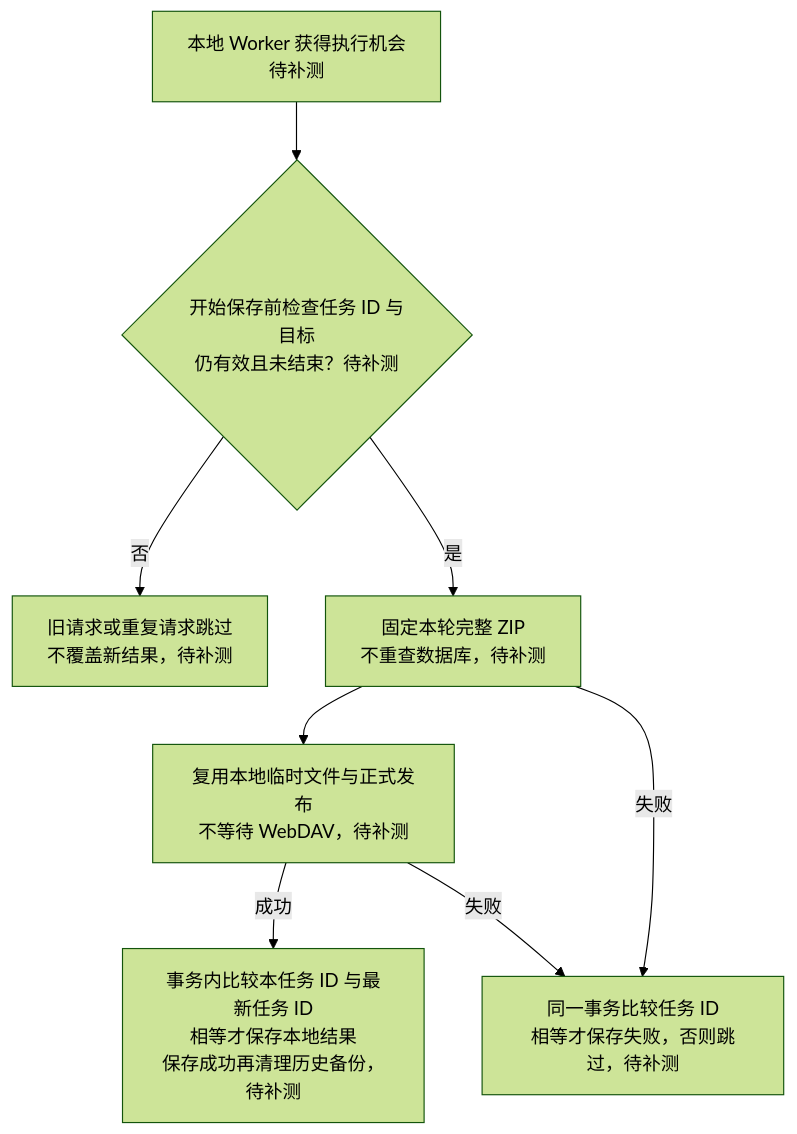
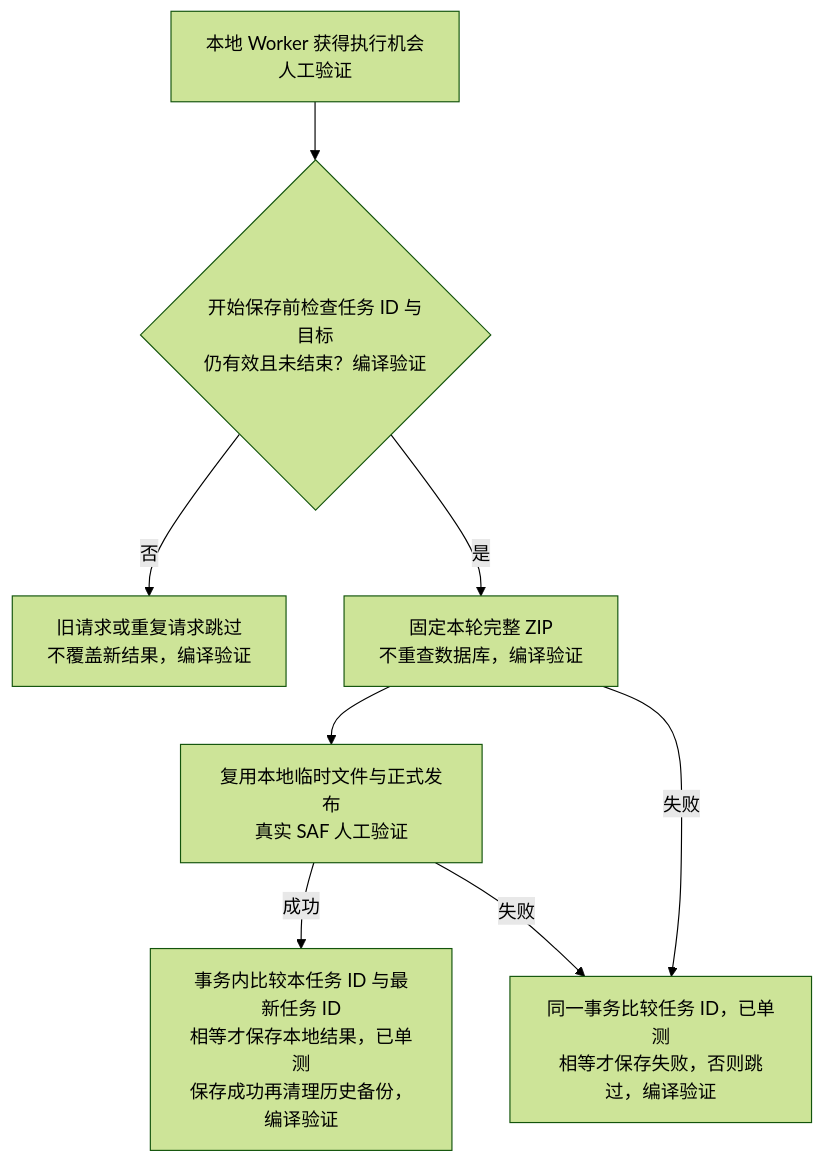
The second of 6 diagrams in docs/webdav_backup_plan.md (lwcla/ClipMaster), drawn with Mermaid (forest theme) before and after one commit. The commit also changed other lines of this file and 39 other files, not shown here.

First line of the commit message:
备份：实现最新轮次并行发布与 WebDAV 直接上传

````diff
--- a/docs/webdav_backup_plan.md
+++ b/docs/webdav_backup_plan.md
@@ -748,11 +764,11 @@
 ```mermaid
-%% title: 已确认待实施：本地独立保存
+%% title: 当前实现：本地独立保存
 flowchart TD
-    Start["本地 Worker 获得执行机会<br/>待补测"] --> Check{"开始保存前检查任务 ID 与目标<br/>仍有效且未结束？待补测"}
-    Check -->|否| Skip["旧请求或重复请求跳过<br/>不覆盖新结果，待补测"]
-    Check -->|是| Read["固定本轮完整 ZIP<br/>不重查数据库，待补测"]
-    Read --> Write["复用本地临时文件与正式发布<br/>不等待 WebDAV，待补测"]
-    Write -->|成功| Success["事务内比较本任务 ID 与最新任务 ID<br/>相等才保存本地结果<br/>保存成功再清理历史备份，待补测"]
-    Read -->|失败| Failure["同一事务比较任务 ID<br/>相等才保存失败，否则跳过，待补测"]
+    Start["本地 Worker 获得执行机会<br/>人工验证"] --> Check{"开始保存前检查任务 ID 与目标<br/>仍有效且未结束？编译验证"}
+    Check -->|否| Skip["旧请求或重复请求跳过<br/>不覆盖新结果，编译验证"]
+    Check -->|是| Read["固定本轮完整 ZIP<br/>不重查数据库，编译验证"]
+    Read --> Write["复用本地临时文件与正式发布<br/>真实 SAF 人工验证"]
+    Write -->|成功| Success["事务内比较本任务 ID 与最新任务 ID<br/>相等才保存本地结果，已单测<br/>保存成功再清理历史备份，编译验证"]
+    Read -->|失败| Failure["同一事务比较任务 ID，已单测<br/>相等才保存失败，否则跳过，编译验证"]
     Write -->|失败| Failure
 ```
````
